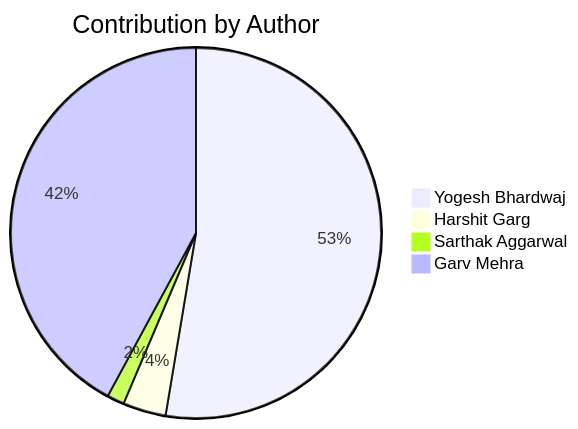
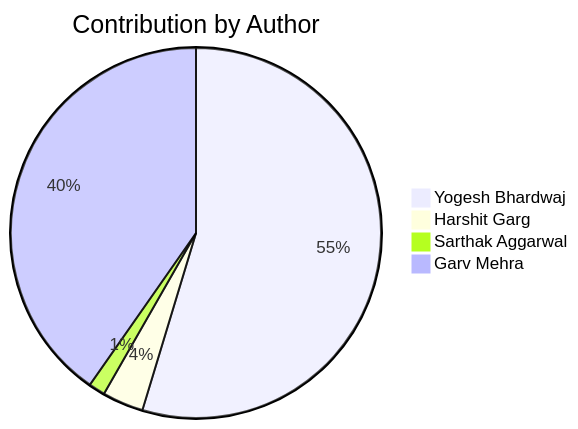
The second of 2 diagrams in README.md (Yogesh-Bhardwaj-hue/Scm-Final_2.0), drawn with Mermaid before and after one commit. The commit also changed other lines of this file, not shown here.

Commit message:
Update contribution charts

````diff
--- a/README.md
+++ b/README.md
@@ -183,7 +183,7 @@
 ```mermaid
 pie title Contribution by Author
-    "Yogesh Bhardwaj": 70
+    "Yogesh Bhardwaj": 76
     "Harshit Garg": 5
     "Sarthak Aggarwal": 2
     "Garv Mehra": 56
 ```
````
